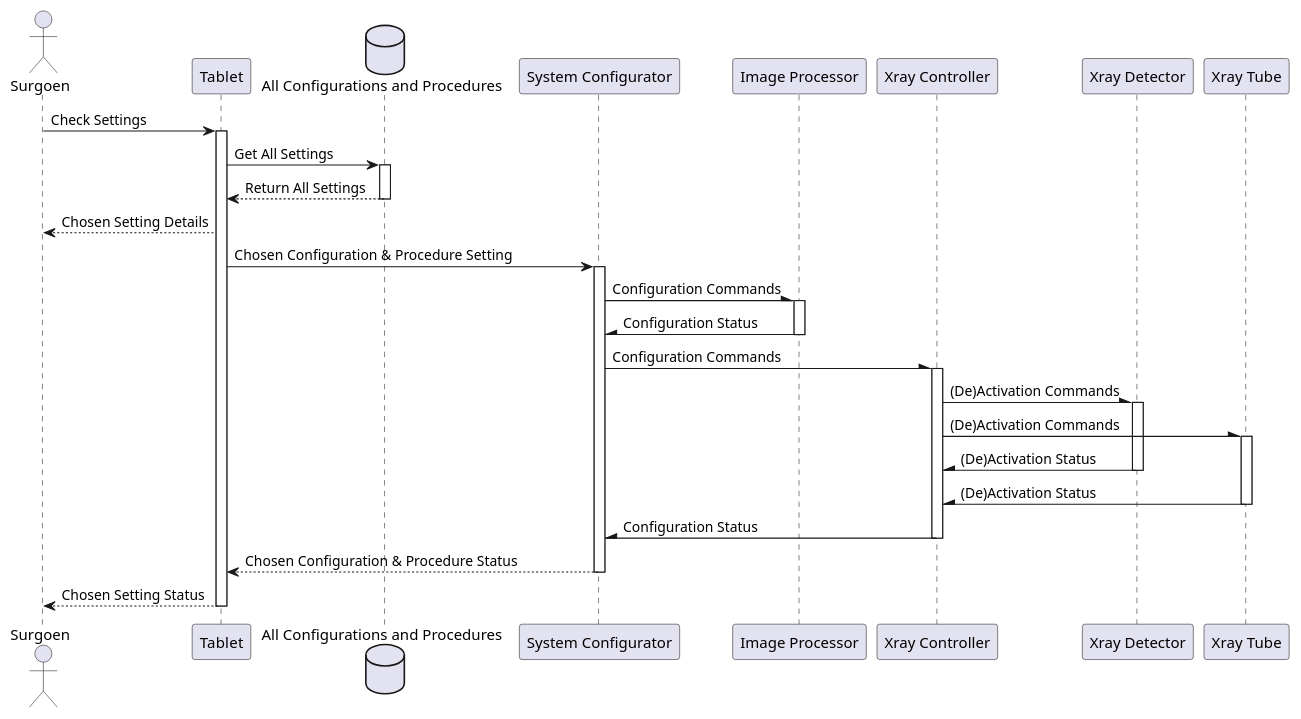
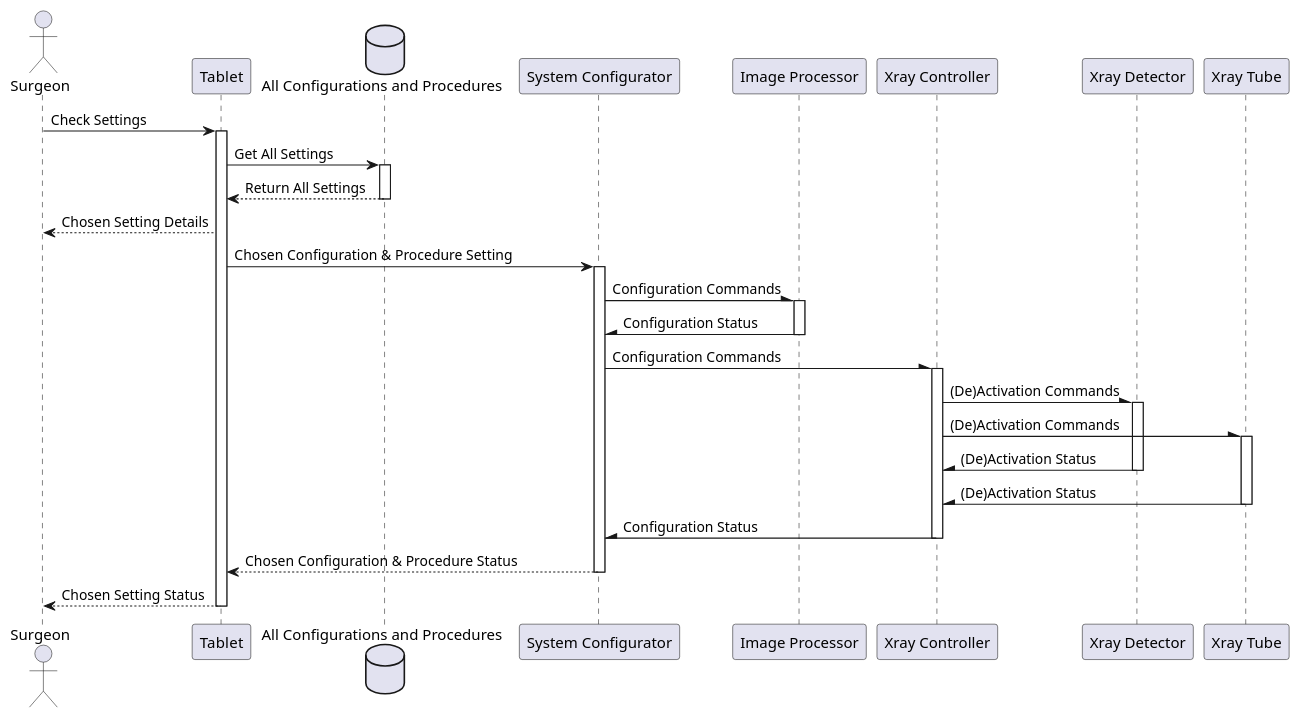
The diagram in sequence-config/src.puml (JCLLi/Software-System-Traning), drawn with PlantUML before and after one commit.

Commit message:
Misspelling solved

```diff
--- a/sequence-config/src.puml
+++ b/sequence-config/src.puml
@@ -1,49 +1,49 @@
 @startuml
-actor "Surgoen" as doctor
+actor "Surgeon" as doctor
 participant "Tablet" as tablet
 database "All Configurations and Procedures" as database
 participant "System Configurator" as configurator
 participant "Image Processor" as processor
 participant "Xray Controller" as controller
 participant "Xray Detector" as detector
 participant "Xray Tube" as tube
 
 doctor -> tablet : Check Settings
 activate tablet
 
 tablet -> database : Get All Settings
 activate database
 database --> tablet : Return All Settings
 deactivate database
 
 tablet --> doctor : Chosen Setting Details
 tablet -> configurator : Chosen Configuration & Procedure Setting
 activate configurator
 
 configurator -\ processor : Configuration Commands
 activate processor
 processor -\ configurator : Configuration Status
 deactivate processor
 
 configurator -\ controller : Configuration Commands
 activate controller
 
 controller -\ detector : (De)Activation Commands
 activate detector
 controller -\ tube : (De)Activation Commands
 activate tube
 detector -\ controller : (De)Activation Status
 deactivate detector
 tube -\ controller : (De)Activation Status
 deactivate tube
 controller -\ configurator : Configuration Status
 deactivate controller
 configurator --> tablet : Chosen Configuration & Procedure Status
 deactivate configurator
 tablet --> doctor : Chosen Setting Status
 deactivate tablet
 
 
 
 
 @enduml
```
